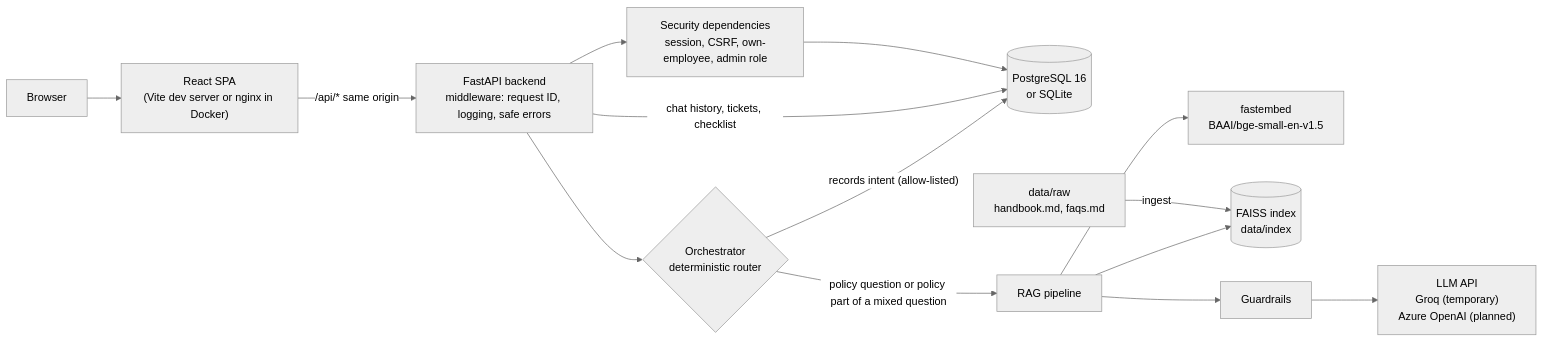
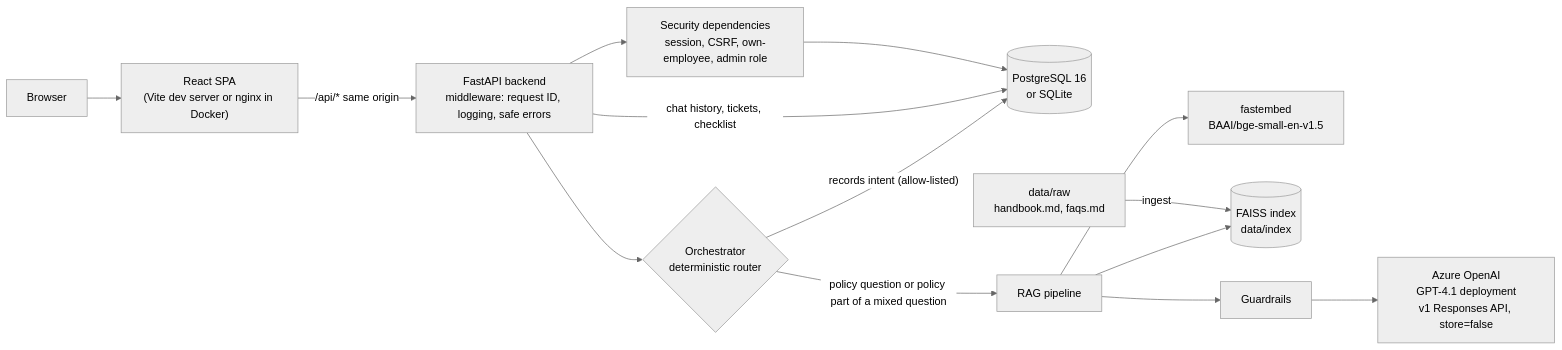
One commit to Eliksha/employee-onboarding-assistant changed the first of 5 diagrams in docs/architecture.md. Above: the diagram before and after it, drawn with Mermaid (neutral theme). The commit also changed other lines of this file and 22 other files, not shown here.

Commit message:
Feat: integrate Azure OpenAI GPT-4.1 and strengthen prompt injection defenses

````diff
--- a/docs/architecture.md
+++ b/docs/architecture.md
@@ -7,16 +7,16 @@
 ```mermaid
 flowchart LR
     user["Browser"] --> fe["React SPA<br/>(Vite dev server or nginx in Docker)"]
     fe -->|"/api/* same origin"| api["FastAPI backend<br/>middleware: request ID, logging, safe errors"]
     api --> orch{"Orchestrator<br/>deterministic router"}
     orch -->|"records intent (allow-listed)"| edb[("PostgreSQL 16<br/>or SQLite")]
     orch -->|"policy question or policy part of a mixed question"| rag["RAG pipeline"]
     rag --> emb["fastembed<br/>BAAI/bge-small-en-v1.5"]
     rag --> idx[("FAISS index<br/>data/index")]
     rag --> guard["Guardrails"]
-    guard --> llm["LLM API<br/>Groq (temporary)<br/>Azure OpenAI (planned)"]
+    guard --> llm["Azure OpenAI<br/>GPT-4.1 deployment<br/>v1 Responses API, store=false"]
     api -->|"chat history, tickets, checklist"| edb
     api --> sec["Security dependencies<br/>session, CSRF, own-employee, admin role"]
     sec --> edb
     raw["data/raw<br/>handbook.md, faqs.md"] -->|"ingest"| idx
 ```
````
